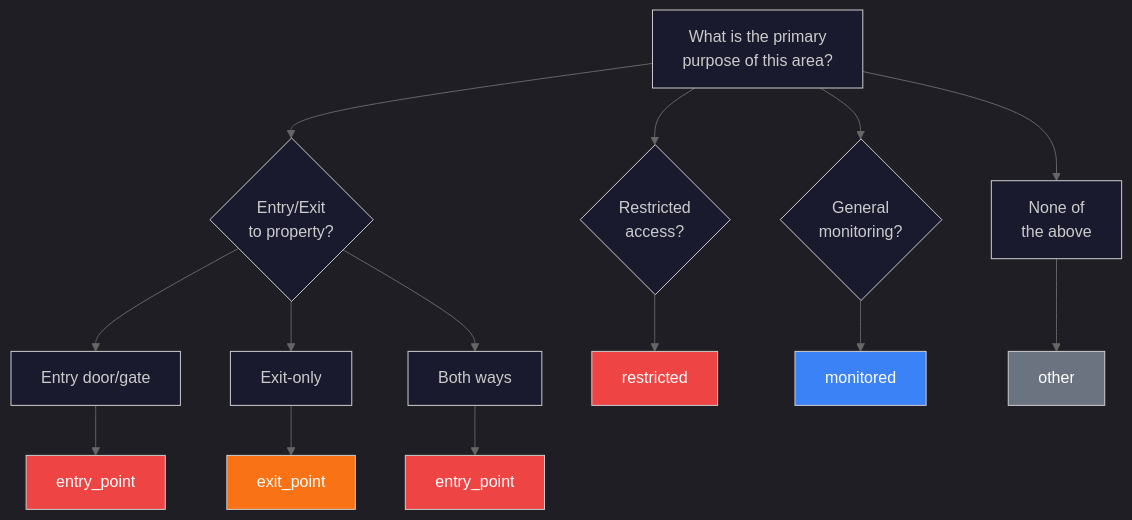
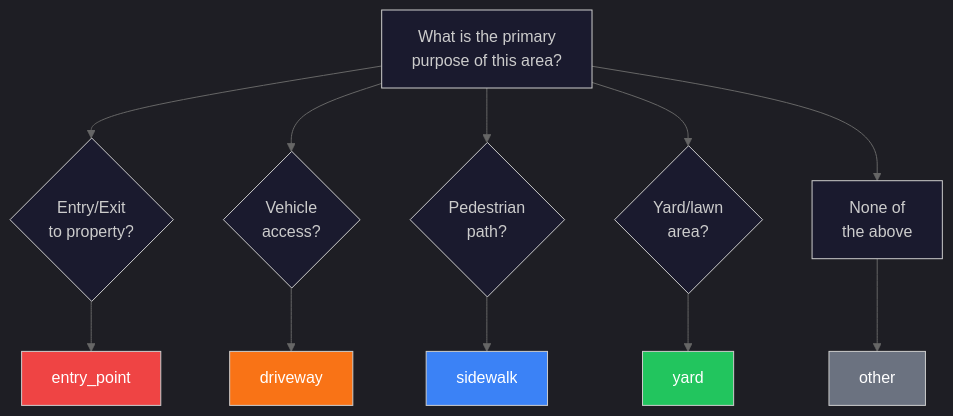
Before and after one commit to mikesvoboda/nemotron-v3-home-security-intelligence: the second of 4 diagrams in docs/guides/zone-configuration.md, drawn with Mermaid. The commit also changed other lines of this file and 206 other files, not shown here.

````diff
--- a/docs/guides/zone-configuration.md
+++ b/docs/guides/zone-configuration.md
@@ -36,41 +64,35 @@
 ```mermaid
 %%{init: {
   'theme': 'dark',
   'themeVariables': {
     'primaryColor': '#3B82F6',
     'primaryTextColor': '#FFFFFF',
     'primaryBorderColor': '#60A5FA',
     'secondaryColor': '#A855F7',
     'tertiaryColor': '#009688',
     'background': '#121212',
     'mainBkg': '#1a1a2e',
     'lineColor': '#666666'
   }
 }}%%
 flowchart TD
     START["What is the primary<br/>purpose of this area?"]
 
     START --> ENTRY{"Entry/Exit<br/>to property?"}
-    START --> RESTRICTED{"Restricted<br/>access?"}
-    START --> GENERAL{"General<br/>monitoring?"}
+    START --> DRIVE{"Vehicle<br/>access?"}
+    START --> WALK{"Pedestrian<br/>path?"}
+    START --> YARD_Q{"Yard/lawn<br/>area?"}
     START --> OTHER["None of<br/>the above"]
 
-    ENTRY --> DOOR["Entry door/gate"]
-    ENTRY --> EXIT["Exit-only"]
-    ENTRY --> BOTH["Both ways"]
-
-    DOOR --> EP1[entry_point]
-    EXIT --> EX[exit_point]
-    BOTH --> EP2[entry_point]
-
-    RESTRICTED --> REST[restricted]
-    GENERAL --> MON[monitored]
+    ENTRY --> EP1[entry_point]
+    DRIVE --> DW[driveway]
+    WALK --> SW[sidewalk]
+    YARD_Q --> YD[yard]
     OTHER --> OTH[other]
 
     style EP1 fill:#EF4444,color:#fff
-    style EP2 fill:#EF4444,color:#fff
-    style EX fill:#F97316,color:#fff
-    style REST fill:#EF4444,color:#fff
-    style MON fill:#3B82F6,color:#fff
+    style DW fill:#F97316,color:#fff
+    style SW fill:#3B82F6,color:#fff
+    style YD fill:#22C55E,color:#fff
     style OTH fill:#6B7280,color:#fff
 ```
````
